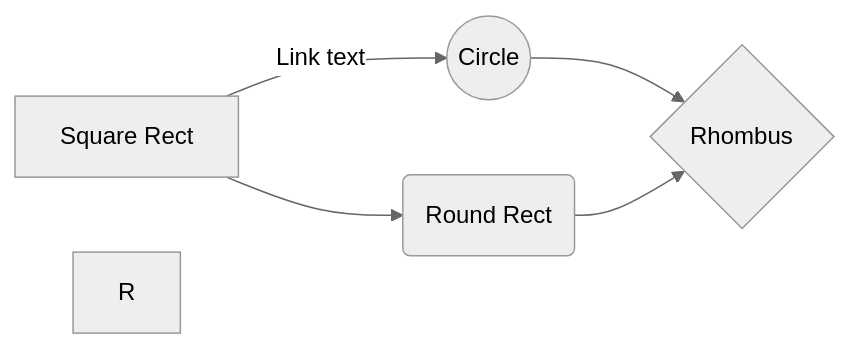
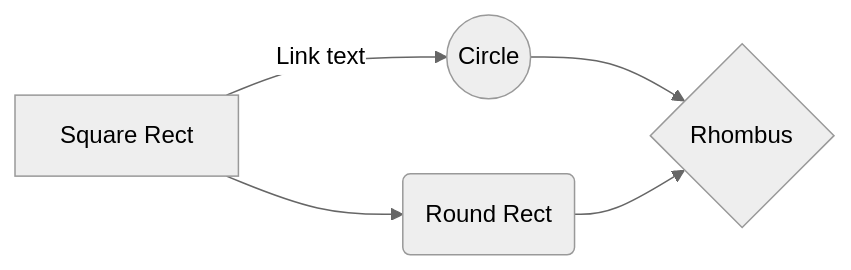
The second of 2 diagrams in Welcome file.md (learnwell/learnwell.github.io), drawn with Mermaid (neutral theme) before and after one commit. The commit also changed other lines of this file, not shown here.

````diff
--- a/Welcome file.md
+++ b/Welcome file.md
@@ -137,8 +137,7 @@
 ```mermaid
 graph LR
 A[Square Rect] -- Link text --> B((Circle))
-R
 A --> C(Round Rect)
 B --> D{Rhombus}
 C --> D
 ```
````
